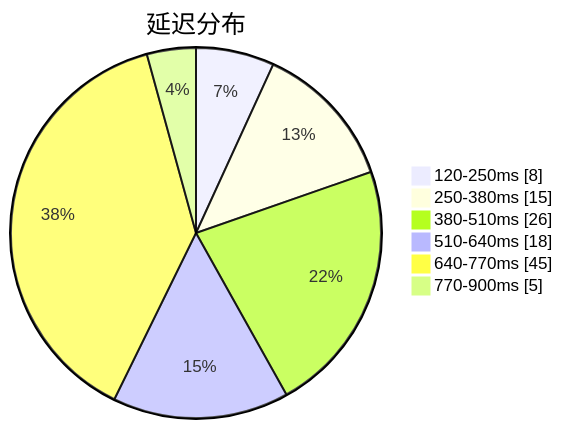
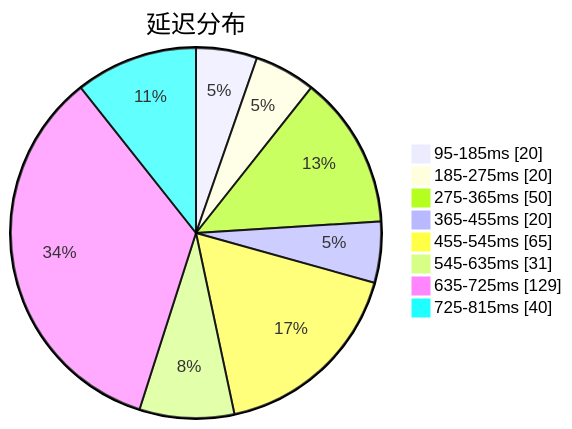
The first of 3 diagrams in subs/statistics/tested_within.md (sinspired/airport), drawn with Mermaid before and after one commit. The commit also changed other lines of this file and 2 other files, not shown here.

````diff
--- a/subs/statistics/tested_within.md
+++ b/subs/statistics/tested_within.md
@@ -2,10 +2,12 @@
 ```mermaid
 pie showData
 title 延迟分布
-"120-250ms" : 8
-"250-380ms" : 15
-"380-510ms" : 26
-"510-640ms" : 18
-"640-770ms" : 45
-"770-900ms" : 5
+"95-185ms" : 20
+"185-275ms" : 20
+"275-365ms" : 50
+"365-455ms" : 20
+"455-545ms" : 65
+"545-635ms" : 31
+"635-725ms" : 129
+"725-815ms" : 40
 ```
````
